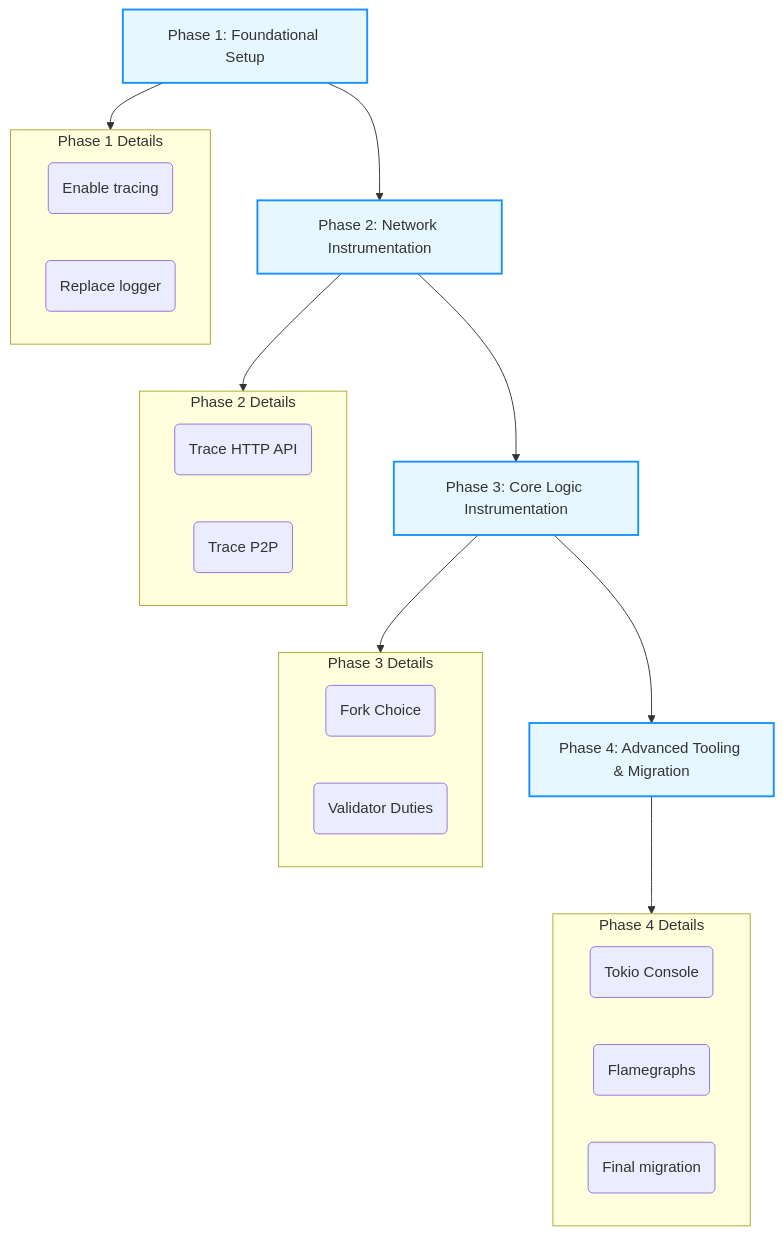
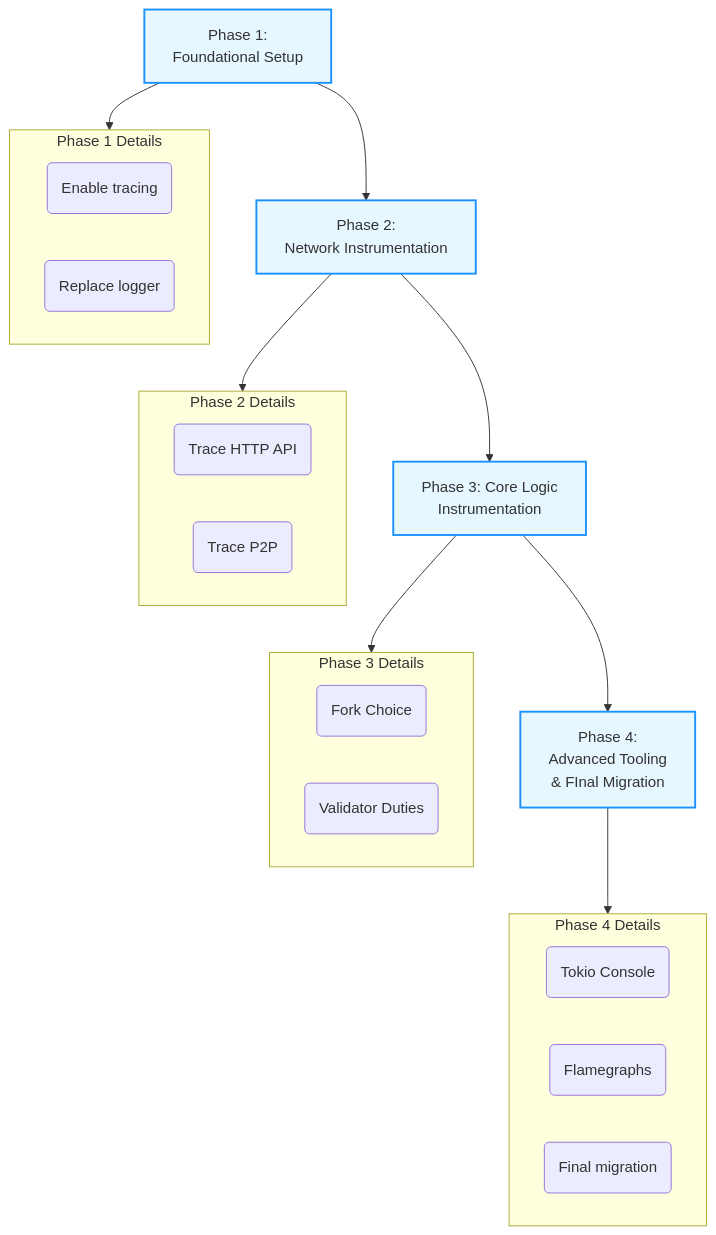
Before and after one commit to vlladin/cohort-six: the second of 2 diagrams in projects/Grandine-Implementing-Tokio-Tracing-For-Debugging-And-Performance-Analysis.md, drawn with Mermaid.

Commit message:
minor adjustment for text alignment in roadmap visualization

````diff
--- a/projects/Grandine-Implementing-Tokio-Tracing-For-Debugging-And-Performance-Analysis.md
+++ b/projects/Grandine-Implementing-Tokio-Tracing-For-Debugging-And-Performance-Analysis.md
@@ -153,40 +153,40 @@
 ```mermaid
 flowchart TD
     style A fill:#e6f7ff,stroke:#1890ff,stroke-width:2px
     style B fill:#e6f7ff,stroke:#1890ff,stroke-width:2px
     style C fill:#e6f7ff,stroke:#1890ff,stroke-width:2px
     style D fill:#e6f7ff,stroke:#1890ff,stroke-width:2px
 
-    A[Phase 1: Foundational Setup]
-    B[Phase 2: Network Instrumentation]
-    C[Phase 3: Core Logic Instrumentation]
-    D[Phase 4: Advanced Tooling & Migration]
+    A[Phase 1: <br>Foundational Setup]
+    B[Phase 2: <br>Network Instrumentation]
+    C[Phase 3: Core Logic <br>Instrumentation]
+    D[Phase 4: <br> Advanced Tooling <br>& FInal Migration]
 
     A --> B --> C --> D
 
     subgraph S1 [Phase 1 Details]
         A1(Enable tracing)
         A2(Replace logger)
     end
     A --> S1
 
     subgraph S2 [Phase 2 Details]
         B1(Trace HTTP API)
         B2(Trace P2P)
     end
     B --> S2
 
     subgraph S3 [Phase 3 Details]
         C1(Fork Choice)
         C2(Validator Duties)
     end
     C --> S3
 
     subgraph S4 [Phase 4 Details]
         D1(Tokio Console)
         D2(Flamegraphs)
         D3(Final migration)
     end
     D --> S4
 
 ```
````
